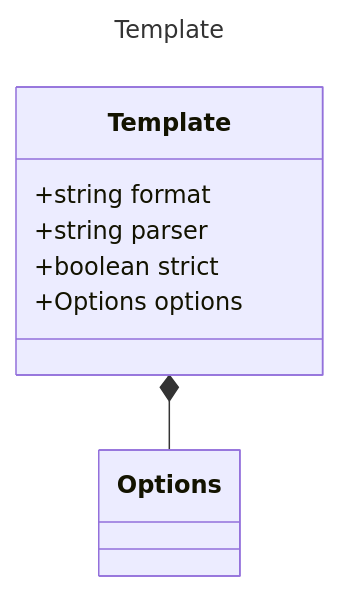
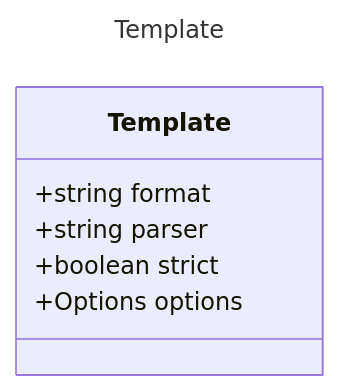
The diagram in specification/prompty/docs/Template.md (microsoft/prompty), drawn with Mermaid before and after one commit. The commit also changed 22 other files, not shown here.

Commit message:
corrected class diagrams

````diff
--- a/specification/prompty/docs/Template.md
+++ b/specification/prompty/docs/Template.md
@@ -21,13 +21,12 @@
 ```mermaid
 ---
 title: Template
 ---
 classDiagram
     class Template {
         +string format
         +string parser
         +boolean strict
         +Options options
     }
-    Template *-- Options
 ```
````
